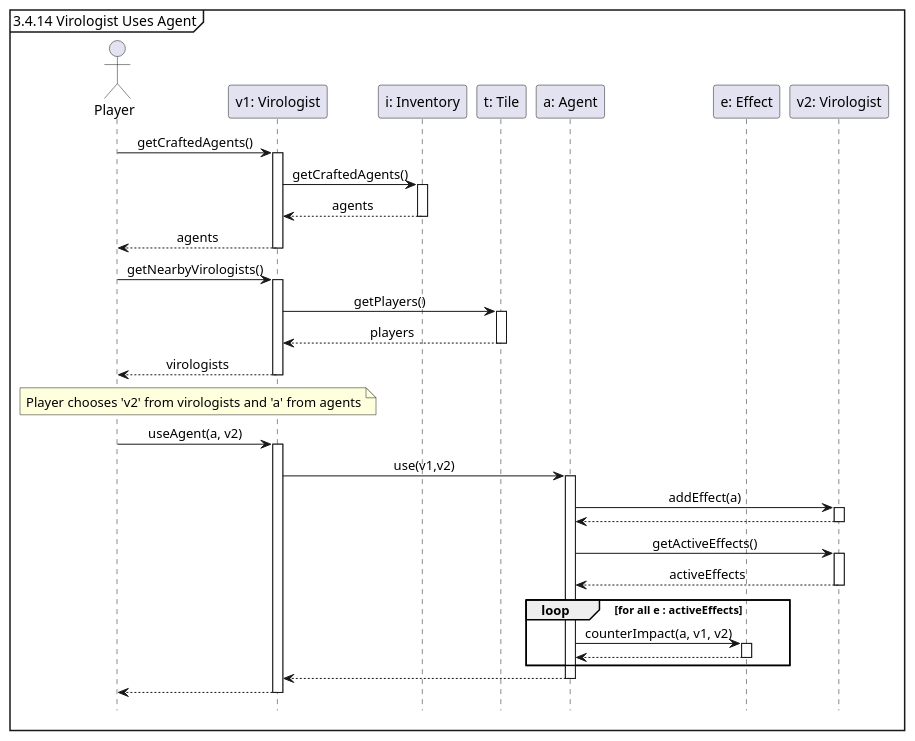
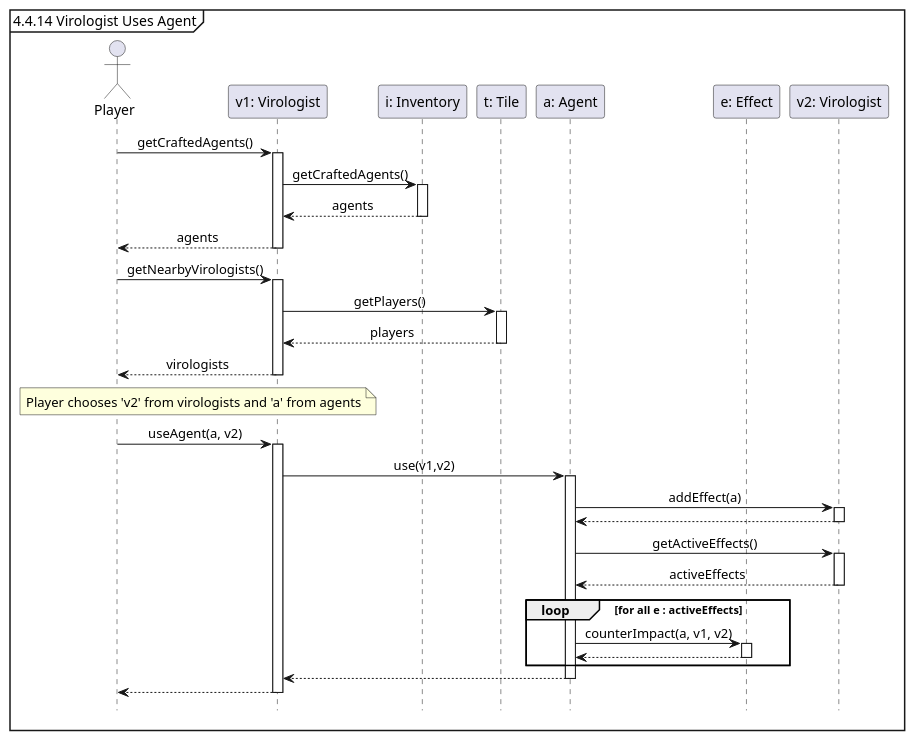
One commit to Tschonti/503-service-unavailable changed the diagram in docs/seqDiagrams/12_1virologistUsesAgent.puml. Above: the diagram before and after it, drawn with PlantUML. The commit also changed 17 other files, not shown here.

```diff
--- a/docs/seqDiagrams/12_1virologistUsesAgent.puml
+++ b/docs/seqDiagrams/12_1virologistUsesAgent.puml
@@ -1,42 +1,42 @@
 @startuml
 'https://plantuml.com/sequence-diagram
 
 hide footbox
 skinparam sequenceMessageAlign center
 
-mainframe 3.4.14 Virologist Uses Agent
+mainframe 4.4.14 Virologist Uses Agent
 
 actor Player as p
 participant "v1: Virologist" as v1
 participant "i: Inventory" as i
 participant "t: Tile" as t
 participant "a: Agent" as a
 participant "e: Effect" as e
 participant "v2: Virologist" as v2
 
 p -> v1 ++ : getCraftedAgents()
     v1-> i ++ : getCraftedAgents()
     return agents
 return agents
 
 p -> v1 ++ : getNearbyVirologists()
     v1-> t ++ : getPlayers()
     return players
 return virologists
 
 note over p, v1 : Player chooses 'v2' from virologists and 'a' from agents
 p -> v1 ++: useAgent(a, v2)
     v1 -> a ++: use(v1,v2)
         a -> v2 ++: addEffect(a)
         return
         a -> v2 ++: getActiveEffects()
         return activeEffects
         loop for all e : activeEffects
             a -> e ++: counterImpact(a, v1, v2)
             return
         end
     return
 return
 
 
 @enduml
```
